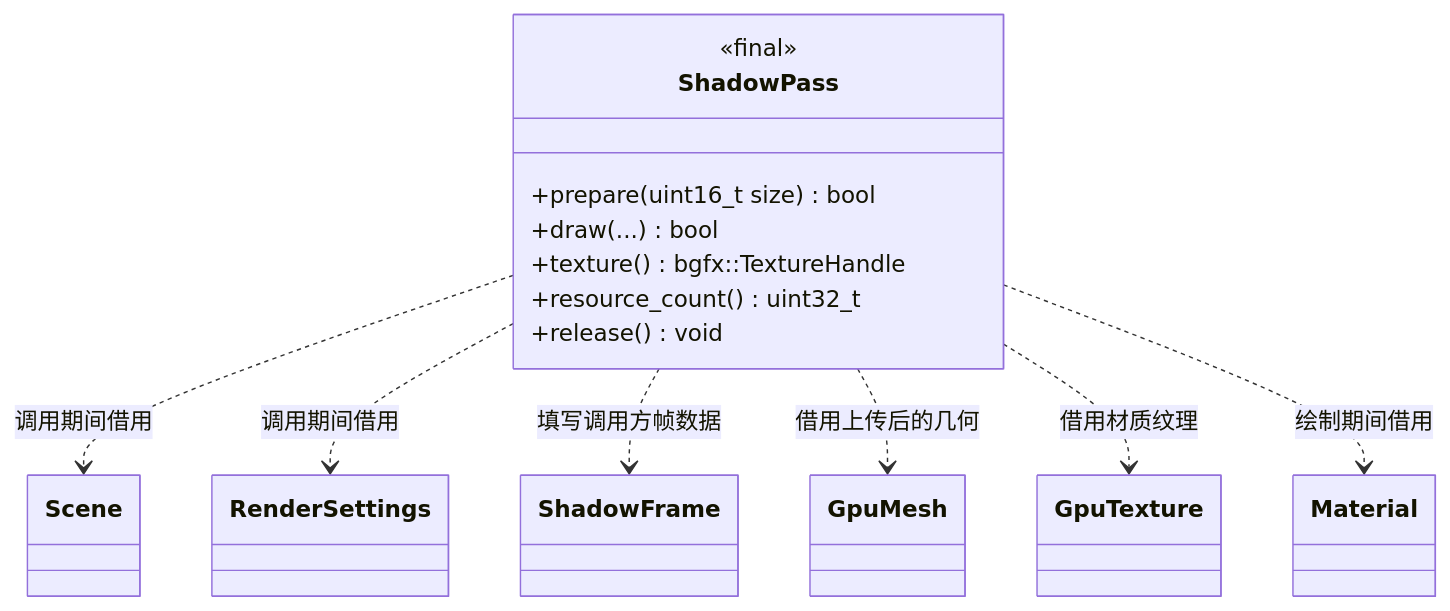
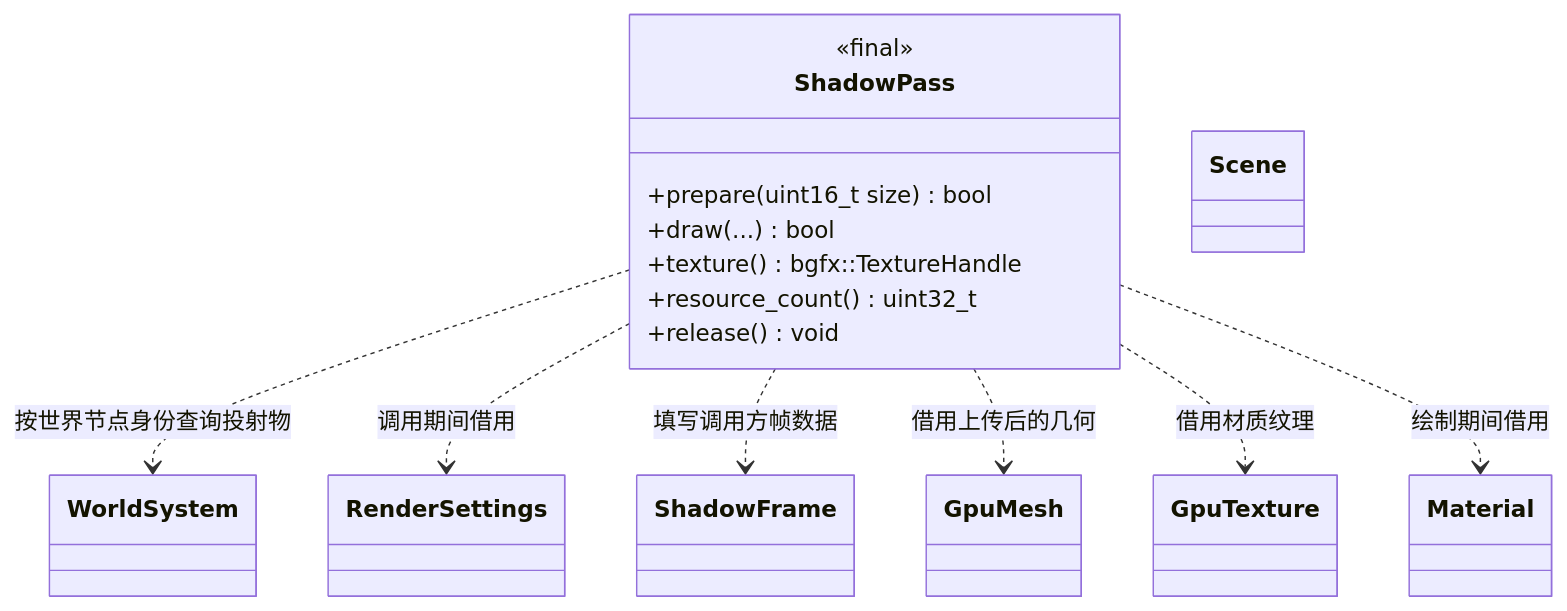
The second of 7 diagrams in docs/runtime/class-diagrams/render-system.md (lcals/Engine), drawn with Mermaid before and after one commit. The commit also changed other lines of this file and 98 other files, not shown here.

````diff
--- a/docs/runtime/class-diagrams/render-system.md
+++ b/docs/runtime/class-diagrams/render-system.md
@@ -118,23 +118,23 @@
 ```mermaid
 classDiagram
     class ShadowPass {
         <<final>>
         +prepare(uint16_t size) bool
         +draw(...) bool
         +texture() bgfx::TextureHandle
         +resource_count() uint32_t
         +release() void
     }
     class Scene
     class RenderSettings
     class ShadowFrame
     class GpuMesh
     class GpuTexture
     class Material
-    ShadowPass ..> Scene : 调用期间借用
+    ShadowPass ..> WorldSystem : 按世界节点身份查询投射物
     ShadowPass ..> RenderSettings : 调用期间借用
     ShadowPass ..> ShadowFrame : 填写调用方帧数据
     ShadowPass ..> GpuMesh : 借用上传后的几何
     ShadowPass ..> GpuTexture : 借用材质纹理
     ShadowPass ..> Material : 绘制期间借用
 ```
````
